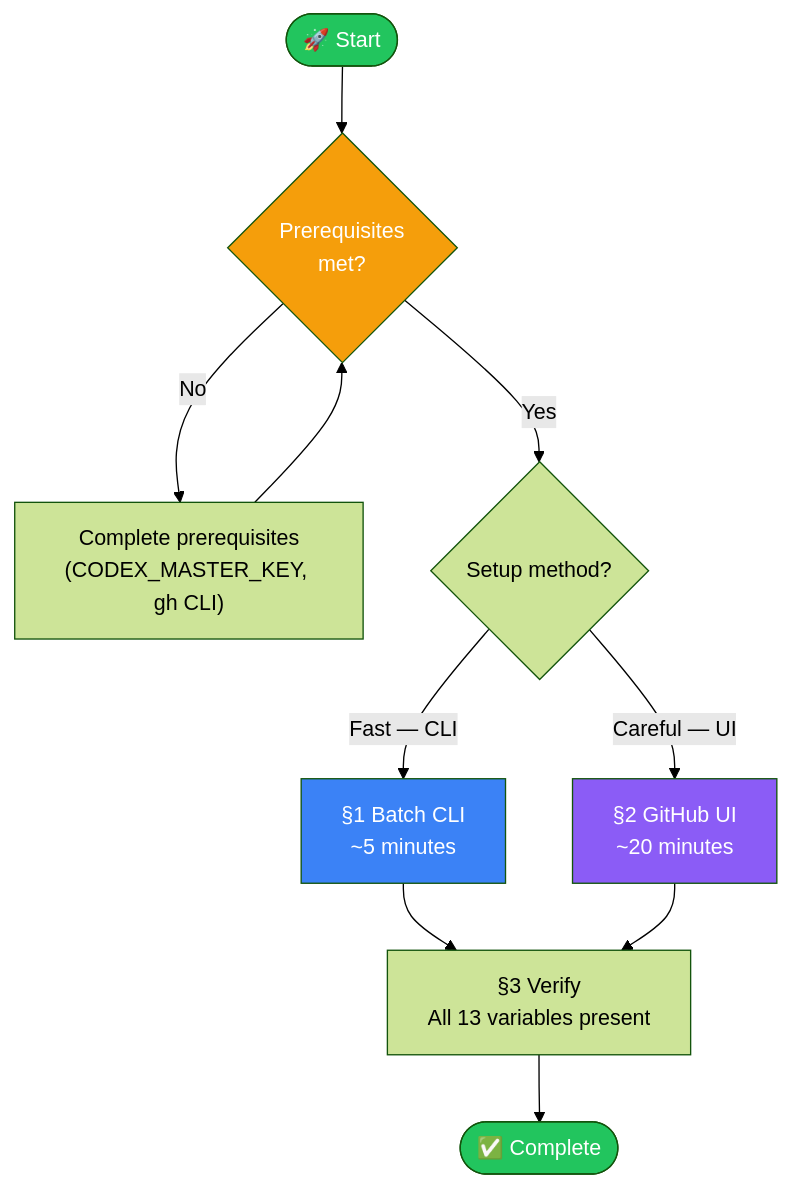
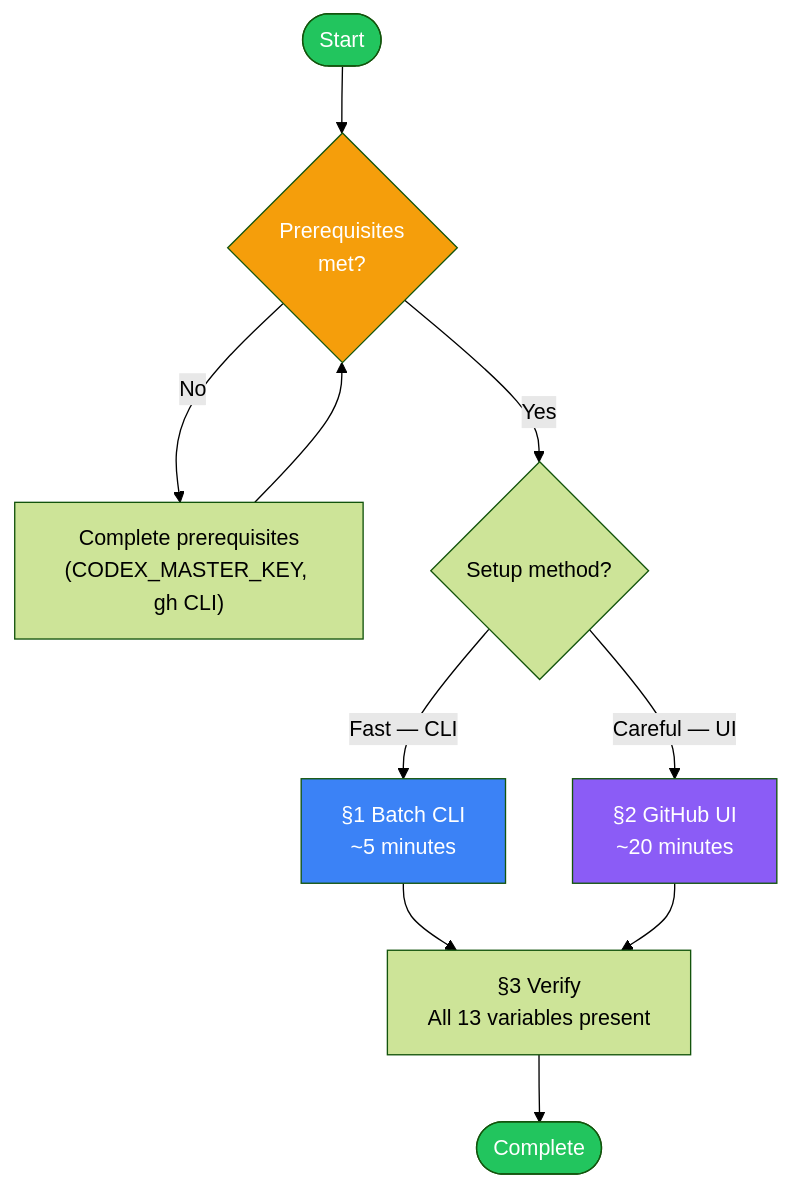
Before and after one commit to Aries-Serpent/_codex_: the first of 3 diagrams in docs/admin/HUMAN_ADMIN_REPO_VARIABLES_SETUP.md, drawn with Mermaid (forest theme). The commit also changed other lines of this file and 2029 other files, not shown here.

````diff
--- a/docs/admin/HUMAN_ADMIN_REPO_VARIABLES_SETUP.md
+++ b/docs/admin/HUMAN_ADMIN_REPO_VARIABLES_SETUP.md
@@ -29,19 +31,19 @@
 ```mermaid
-%%{init: {'accessibility': {'title': 'Flowchart showing 🚀 Start, "Complete prerequisites\n(CODEX_MASTER_KEY, gh CLI)"'}}%%
+%%{init: {'accessibility': {'title': 'Flowchart showing  Start, "Complete prerequisites\n(CODEX_MASTER_KEY, gh CLI)"'}}%%
 flowchart TD
-    START([🚀 Start]) --> PREREQ{Prerequisites\nmet?}
+    START([ Start]) --> PREREQ{Prerequisites\nmet?}
     PREREQ -->|No| FIX_PREREQ["Complete prerequisites\n(CODEX_MASTER_KEY, gh CLI)"]
     FIX_PREREQ --> PREREQ
     PREREQ -->|Yes| CHOICE{Setup method?}
     CHOICE -->|Fast — CLI| BATCH["§1 Batch CLI\n~5 minutes"]
     CHOICE -->|Careful — UI| UI_METHOD["§2 GitHub UI\n~20 minutes"]
     BATCH --> VERIFY["§3 Verify\nAll 13 variables present"]
     UI_METHOD --> VERIFY
-    VERIFY --> DONE([✅ Complete])
+    VERIFY --> DONE([ Complete])
 
     style START fill:#22c55e,color:#fff
     style DONE fill:#22c55e,color:#fff
     style PREREQ fill:#f59e0b,color:#fff
     style BATCH fill:#3b82f6,color:#fff
     style UI_METHOD fill:#8b5cf6,color:#fff
 ```
````
